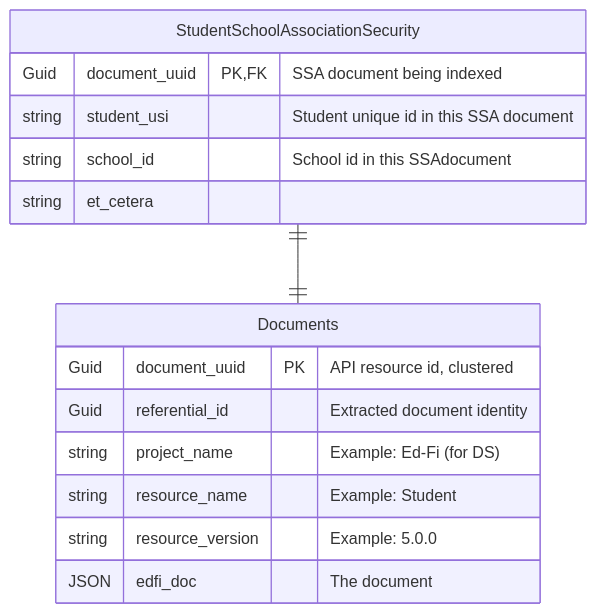
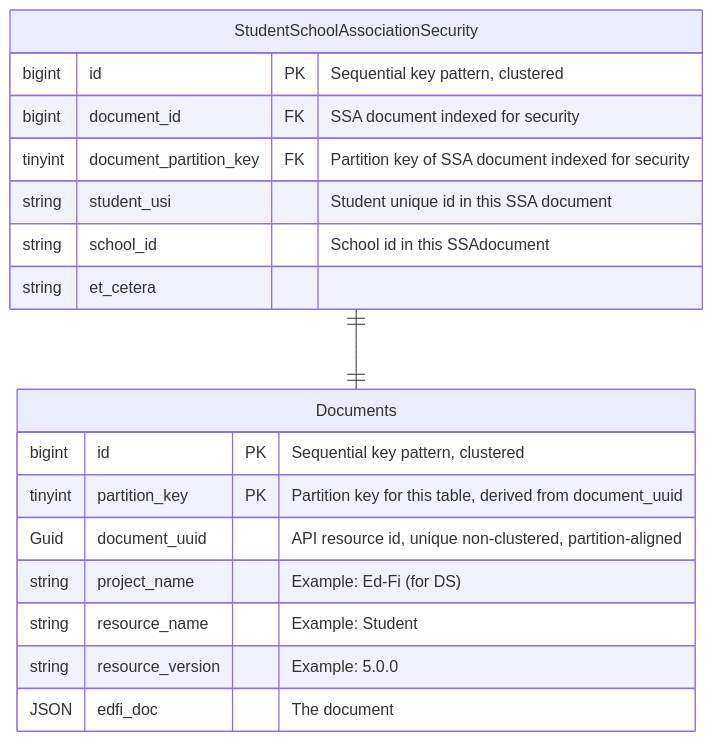
One commit to Ed-Fi-Alliance-OSS/Project-Tanager changed the third of 3 diagrams in docs/DMS/PRIMARY-DATA-STORAGE.md. Above: the diagram before and after it, drawn with Mermaid. The commit also changed other lines of this file and 1 other file, not shown here.

First line of the commit message:
[DMS-18] Consolidate data storage document and update query design, index needs and access patterns (#11)

````diff
--- a/docs/DMS/PRIMARY-DATA-STORAGE.md
+++ b/docs/DMS/PRIMARY-DATA-STORAGE.md
@@ -282,18 +484,21 @@
 ```mermaid
 erDiagram
     Documents {
-        Guid document_uuid PK "API resource id, clustered"
-        Guid referential_id "Extracted document identity"
+        bigint id PK "Sequential key pattern, clustered"
+        tinyint partition_key PK "Partition key for this table, derived from document_uuid"
+        Guid document_uuid "API resource id, unique non-clustered, partition-aligned"
         string project_name "Example: Ed-Fi (for DS)"
         string resource_name "Example: Student"
         string resource_version "Example: 5.0.0"
         JSON edfi_doc "The document"
     }
     StudentSchoolAssociationSecurity ||--|| Documents : ""
     StudentSchoolAssociationSecurity {
-        Guid document_uuid PK, FK "SSA document being indexed"
+        bigint id PK "Sequential key pattern, clustered"
+        bigint document_id FK "SSA document indexed for security"
+        tinyint document_partition_key FK "Partition key of SSA document indexed for security"
         string student_usi "Student unique id in this SSA document"
         string school_id "School id in this SSAdocument"
         string et_cetera
     }
 ```
````
